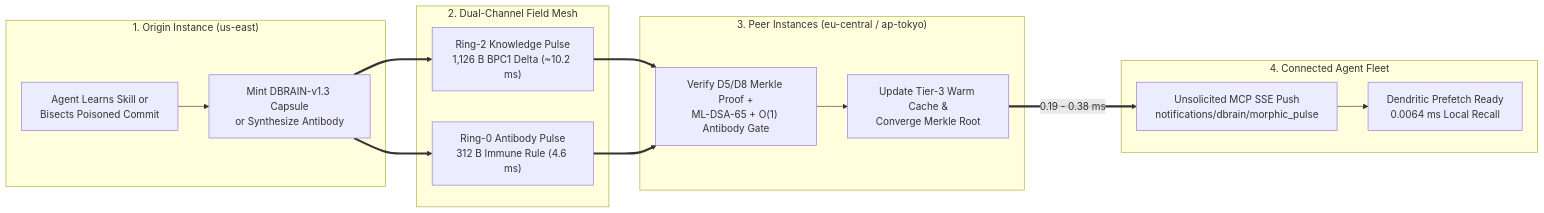
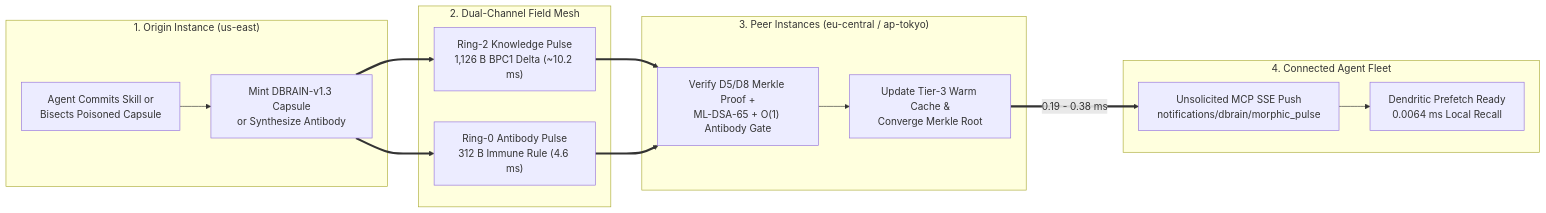
The third of 4 diagrams in WHITEPAPER.md (dcarrith/dbrain), drawn with Mermaid before and after one commit. The commit also changed other lines of this file, not shown here.

````diff
--- a/WHITEPAPER.md
+++ b/WHITEPAPER.md
@@ -179,26 +163,26 @@
 ```mermaid
 flowchart LR
   subgraph Origin["1. Origin Instance (us-east)"]
-    A1["Agent Learns Skill or<br/>Bisects Poisoned Commit"] --> M1["Mint DBRAIN-v1.3 Capsule<br/>or Synthesize Antibody"]
+    A1["Agent Commits Skill or<br/>Bisects Poisoned Capsule"] --> M1["Mint DBRAIN-v1.3 Capsule<br/>or Synthesize Antibody"]
   end
 
   subgraph Mesh["2. Dual-Channel Field Mesh"]
     P1["Ring-2 Knowledge Pulse<br/>1,126 B BPC1 Delta (~10.2 ms)"]
     P0["Ring-0 Antibody Pulse<br/>312 B Immune Rule (4.6 ms)"]
   end
 
   subgraph Peers["3. Peer Instances (eu-central / ap-tokyo)"]
     V1["Verify D5/D8 Merkle Proof +<br/>ML-DSA-65 + O(1) Antibody Gate"]
     C1["Update Tier-3 Warm Cache &<br/>Converge Merkle Root"]
     V1 --> C1
   end
 
   subgraph Downlink["4. Connected Agent Fleet"]
     S1["Unsolicited MCP SSE Push<br/>notifications/dbrain/morphic_pulse"]
     D1["Dendritic Prefetch Ready<br/>0.0064 ms Local Recall"]
     S1 --> D1
   end
 
   M1 ==> P1 & P0 ==> V1
   C1 ==>|"0.19 - 0.38 ms"| S1
 ```
````
